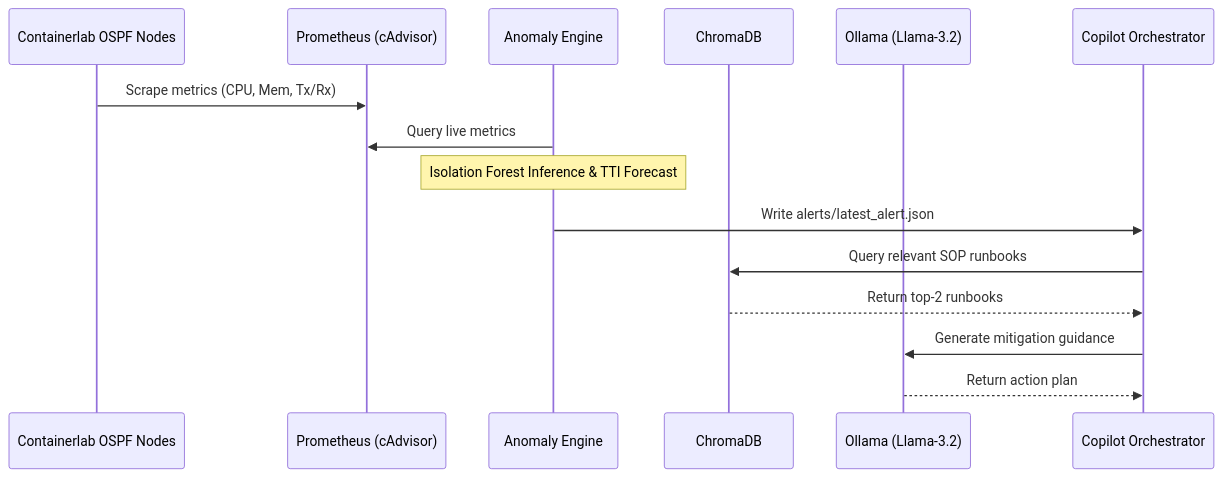
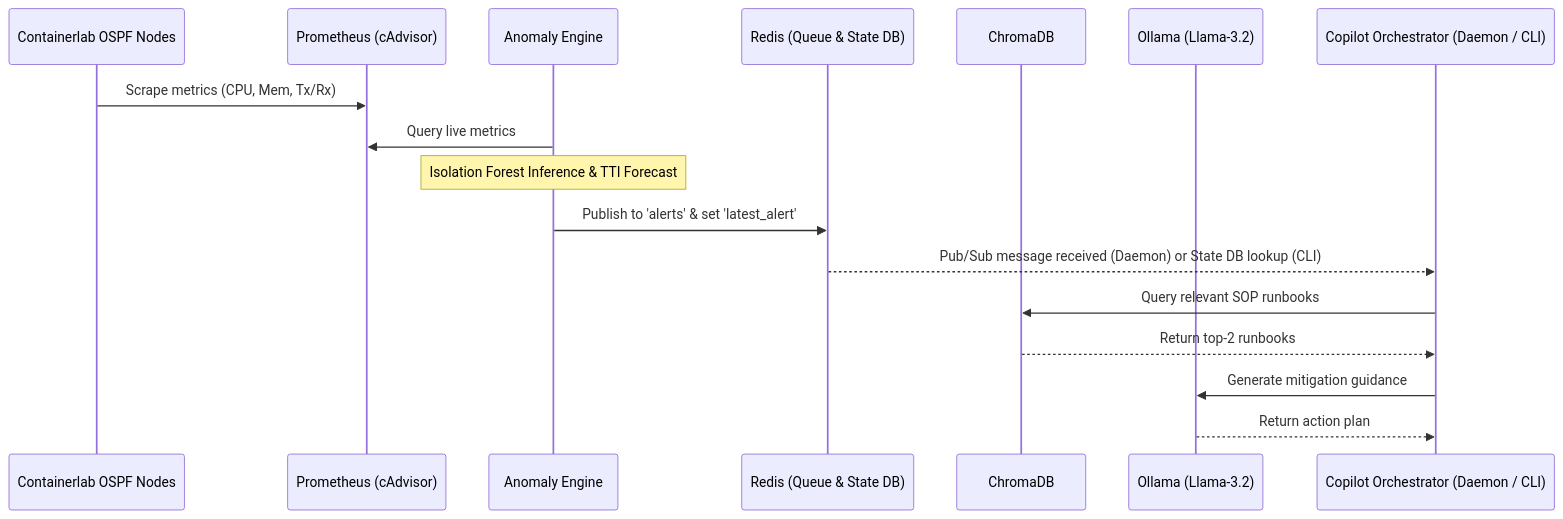
Before and after one commit to null-dreams/gap-moe: the second of 2 diagrams in README.md, drawn with Mermaid. The commit also changed other lines of this file, not shown here.

Commit message:
docs: update README with redis update

````diff
--- a/README.md
+++ b/README.md
@@ -58,18 +58,20 @@
 ```mermaid
 sequenceDiagram
     participant NetLab as Containerlab OSPF Nodes
     participant Prom as Prometheus (cAdvisor)
     participant ML as Anomaly Engine
+    participant Redis as Redis (Queue & State DB)
     participant DB as ChromaDB
     participant Ollama as Ollama (Llama-3.2)
-    participant Copilot as Copilot Orchestrator
+    participant Copilot as Copilot Orchestrator (Daemon / CLI)
 
     NetLab->>Prom: Scrape metrics (CPU, Mem, Tx/Rx)
     ML->>Prom: Query live metrics
     Note over ML: Isolation Forest Inference & TTI Forecast
-    ML->>Copilot: Write alerts/latest_alert.json
+    ML->>Redis: Publish to 'alerts' & set 'latest_alert'
+    Redis-->>Copilot: Pub/Sub message received (Daemon) or State DB lookup (CLI)
     Copilot->>DB: Query relevant SOP runbooks
     DB-->>Copilot: Return top-2 runbooks
     Copilot->>Ollama: Generate mitigation guidance
     Ollama-->>Copilot: Return action plan
 ```
````
